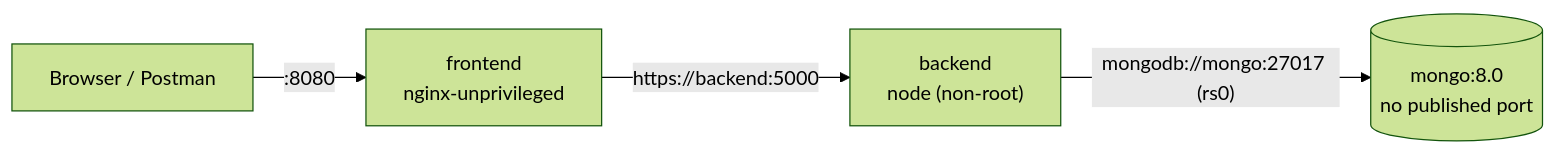
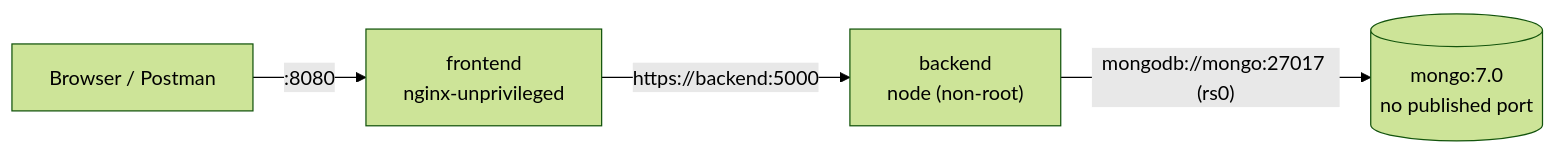
The second of 3 diagrams in README.md (AndaSizaniZazu/hustlehub-plus), drawn with Mermaid (forest theme) before and after one commit. The commit also changed 2 other files, not shown here.

Commit message:
Use MongoDB 7.0 in Docker; 8.0+ crashes on Linux kernel 6.19+
MongoDB 8.0+ refuses to start on kernel 6.19+ (SERVER-121912), and the
GitHub runners (including ubuntu-24.04) now use such a kernel. 7.0 is
unaffected and still supports replica-set transactions. Reverts the
runner pin, which did not help.

````diff
--- a/README.md
+++ b/README.md
@@ -82,6 +82,6 @@
 ```mermaid
 flowchart LR
     B["Browser / Postman"] -->|":8080"| N["frontend<br/>nginx-unprivileged"]
     N -->|"https://backend:5000"| A["backend<br/>node (non-root)"]
-    A -->|"mongodb://mongo:27017 (rs0)"| M[("mongo:8.0<br/>no published port")]
+    A -->|"mongodb://mongo:27017 (rs0)"| M[("mongo:7.0<br/>no published port")]
 ```
````
